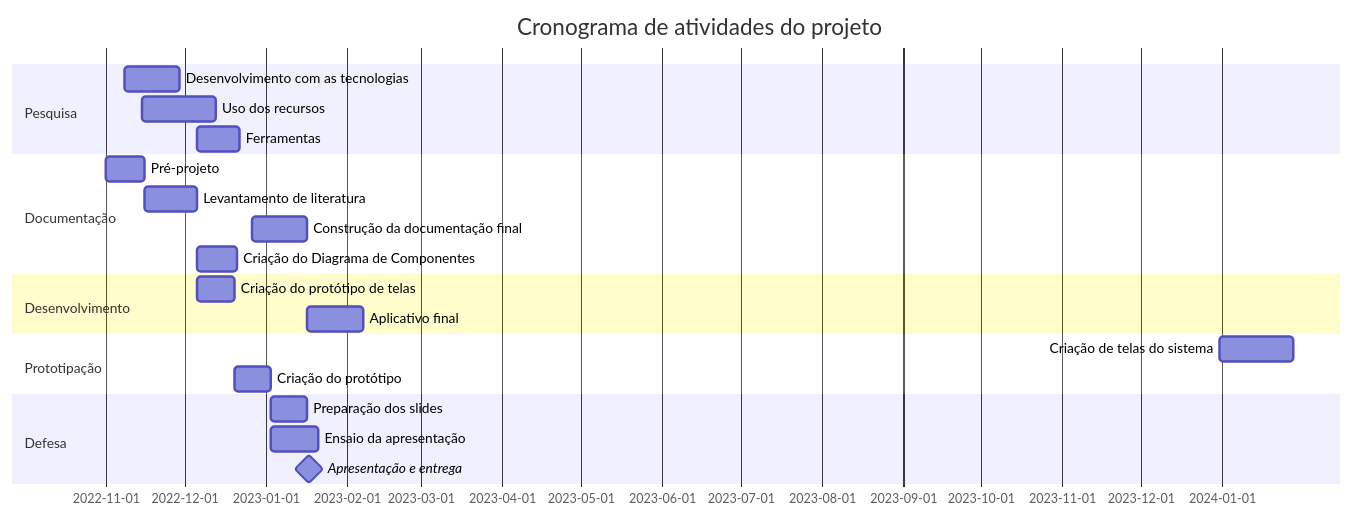
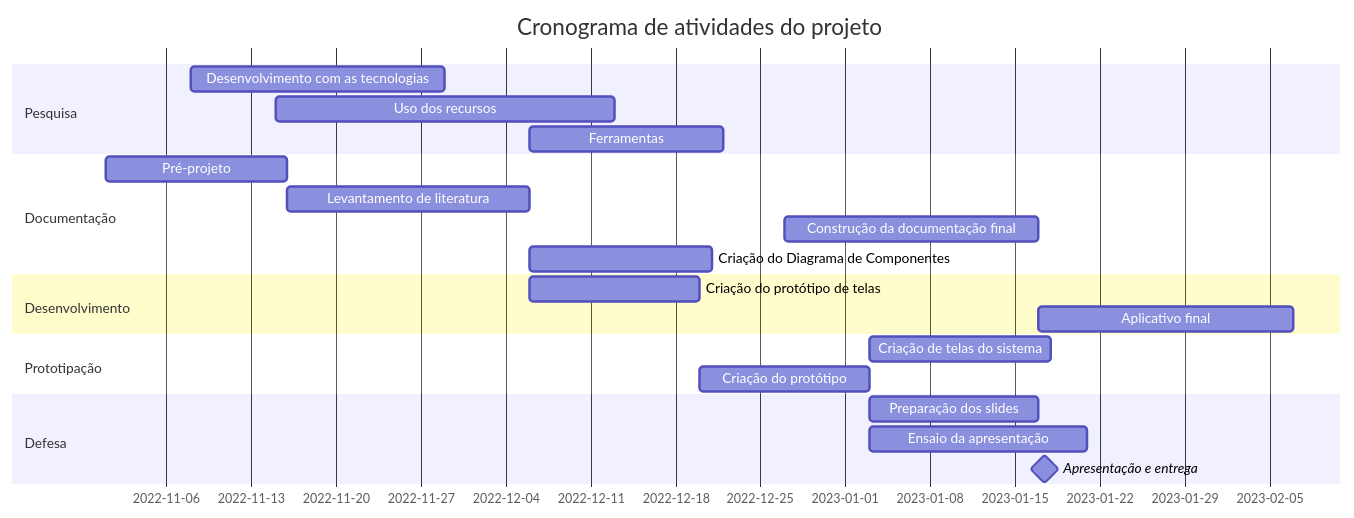
Before and after one commit to jonathanlira97/PROJETO-DE-ORIENTA-O-AO-SEMIN-RIO-INTEGRADO-1---2022-: the diagram in README.md, drawn with Mermaid.

````diff
--- a/README.md
+++ b/README.md
@@ -7,25 +7,25 @@
 ```mermaid
     gantt
     title Cronograma de atividades do projeto
     dateFormat  YYYY-MM-DD
     section Pesquisa
     Desenvolvimento com as tecnologias     :   a1, 2022-11-08, 21d
     Uso dos recursos    : a2, 2022-11-15, 28d
     Ferramentas   : a3, after a2, 16d
     section Documentação
     Pré-projeto     :a1, 2022-11-01, 15d
     Levantamento de literatura   :a2,after a1  , 20d
     Construção da documentação final  :a3, 2022-12-27, 21d
     Criação do Diagrama de Componentes: c3, 2022-12-06, 15d
     section Desenvolvimento
     Criação do protótipo de telas  :  c2, after a2, 14d
     Aplicativo final   :     c3, after a3, 21d
     section Prototipação
-    Criação de telas do sistema     :    c3, 2023-12-31, 28d
+    Criação de telas do sistema     :    c4, after c3, 15d
     Criação do protótipo      :c3,     after c2, 14d
     section Defesa
     Preparação dos slides :p1, after c3, 14d
     Ensaio da apresentação :p2, after c3, 18d
     Apresentação e entrega  :milestone, after p1, 1d
     
 ``` 
````
